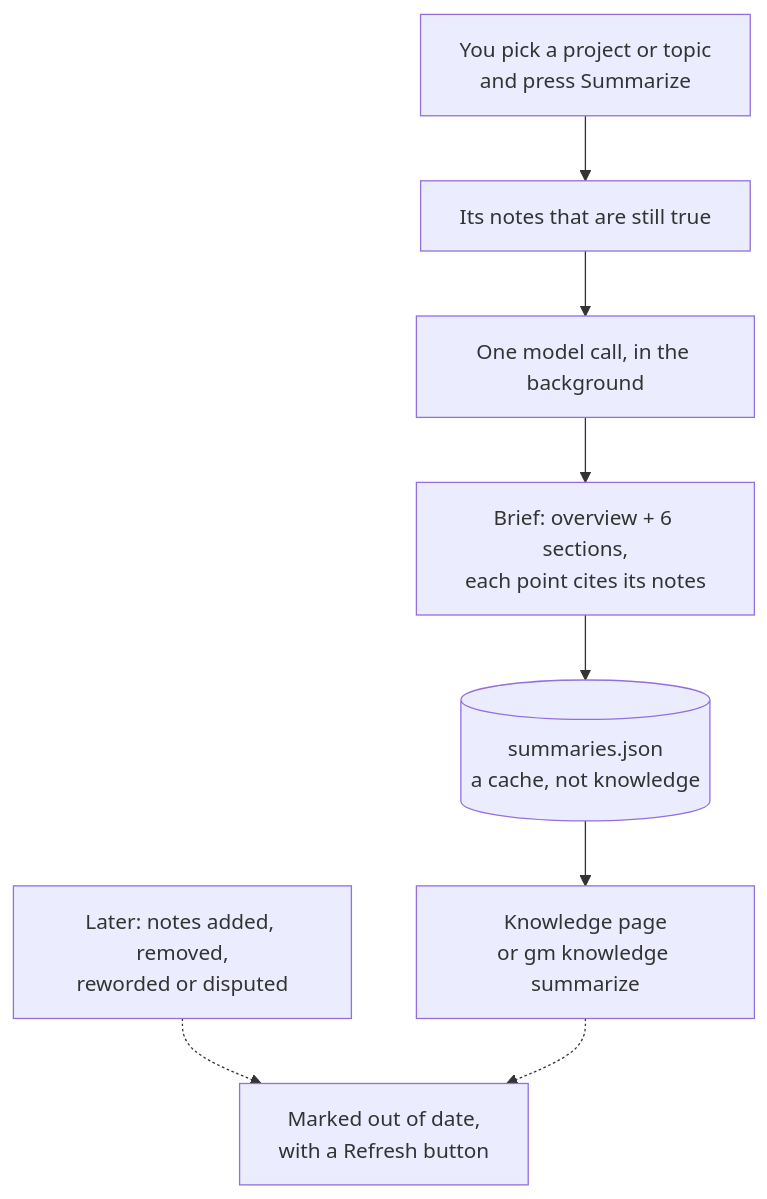
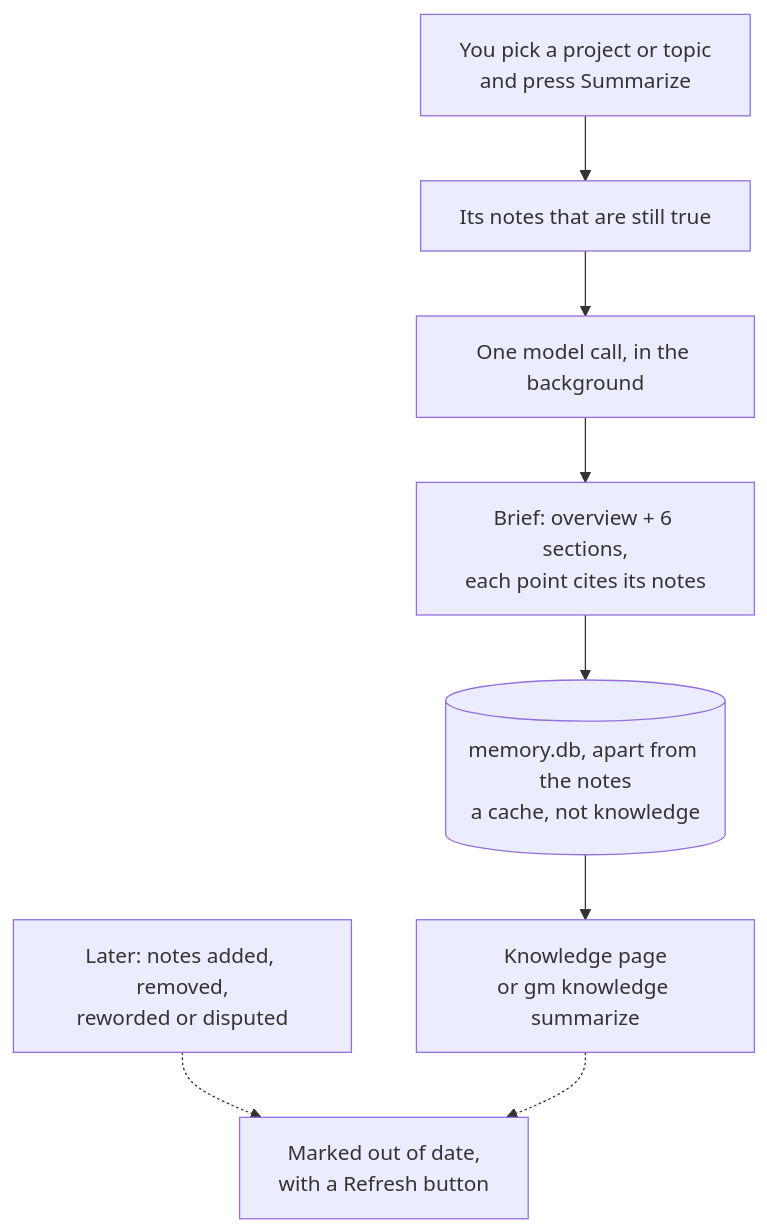
Diagram 15 of 15 in docs/how-it-works.md (xihe92/graph-memory), drawn with Mermaid before and after one commit. The commit also changed other lines of this file and 44 other files, not shown here.

````diff
--- a/docs/how-it-works.md
+++ b/docs/how-it-works.md
@@ -775,10 +825,10 @@
 ```mermaid
 flowchart TD
     S["You pick a project or topic<br/>and press Summarize"] --> N["Its notes that are still true"]
     N --> M["One model call, in the background"]
     M --> B["Brief: overview + 6 sections,<br/>each point cites its notes"]
-    B --> C[("summaries.json<br/>a cache, not knowledge")]
+    B --> C[("memory.db, apart from the notes<br/>a cache, not knowledge")]
     C --> P["Knowledge page<br/>or gm knowledge summarize"]
     K["Later: notes added, removed,<br/>reworded or disputed"] -.-> R
     P -.-> R["Marked out of date,<br/>with a Refresh button"]
 ```
````
